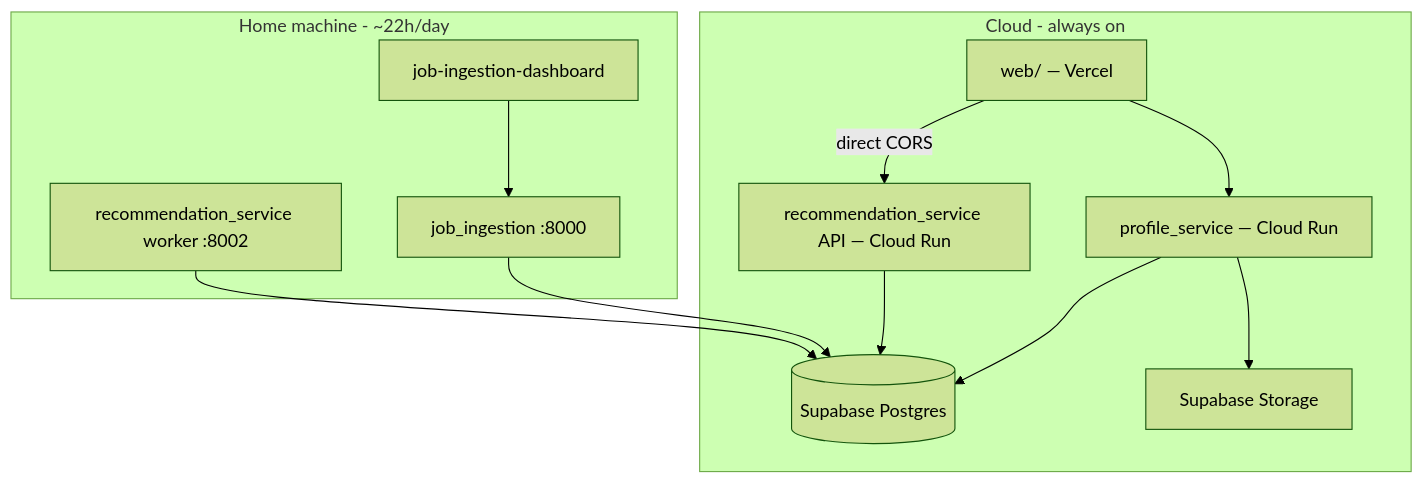
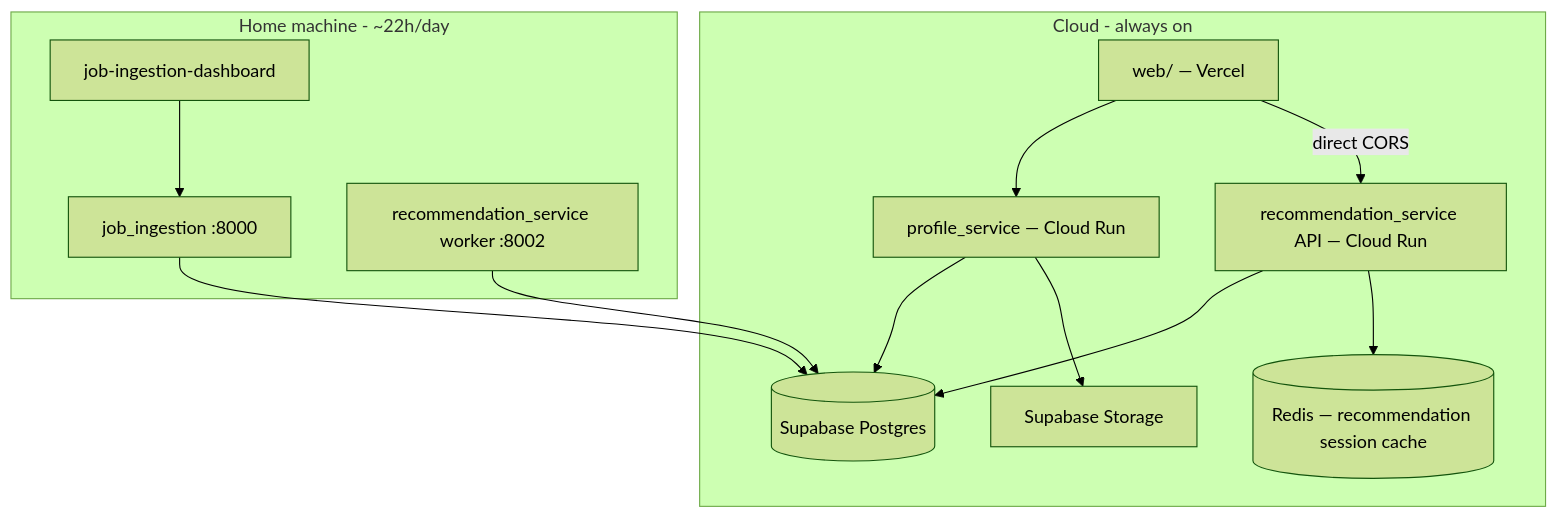
The diagram in DEPLOYMENT.md (yatharthMogra/job-crawler), drawn with Mermaid (forest theme) before and after one commit. The commit also changed other lines of this file and 30 other files, not shown here.

````diff
--- a/DEPLOYMENT.md
+++ b/DEPLOYMENT.md
@@ -7,25 +7,27 @@
 ```mermaid
 flowchart TB
   subgraph cloud [Cloud - always on]
     Vercel["web/ — Vercel"]
     ProfileAPI["profile_service — Cloud Run"]
     RecoAPI["recommendation_service API — Cloud Run"]
     SupabaseDB[("Supabase Postgres")]
     SupabaseStorage["Supabase Storage"]
+    Redis[("Redis — recommendation session cache")]
   end
 
   subgraph home [Home machine - ~22h/day]
     JobIngestion["job_ingestion :8000"]
     NotifWorker["recommendation_service worker :8002"]
     AdminDash["job-ingestion-dashboard"]
   end
 
   Vercel --> ProfileAPI
   Vercel -->|"direct CORS"| RecoAPI
   ProfileAPI --> SupabaseDB
   ProfileAPI --> SupabaseStorage
   RecoAPI --> SupabaseDB
+  RecoAPI --> Redis
   JobIngestion --> SupabaseDB
   NotifWorker --> SupabaseDB
   AdminDash --> JobIngestion
 ```
````
